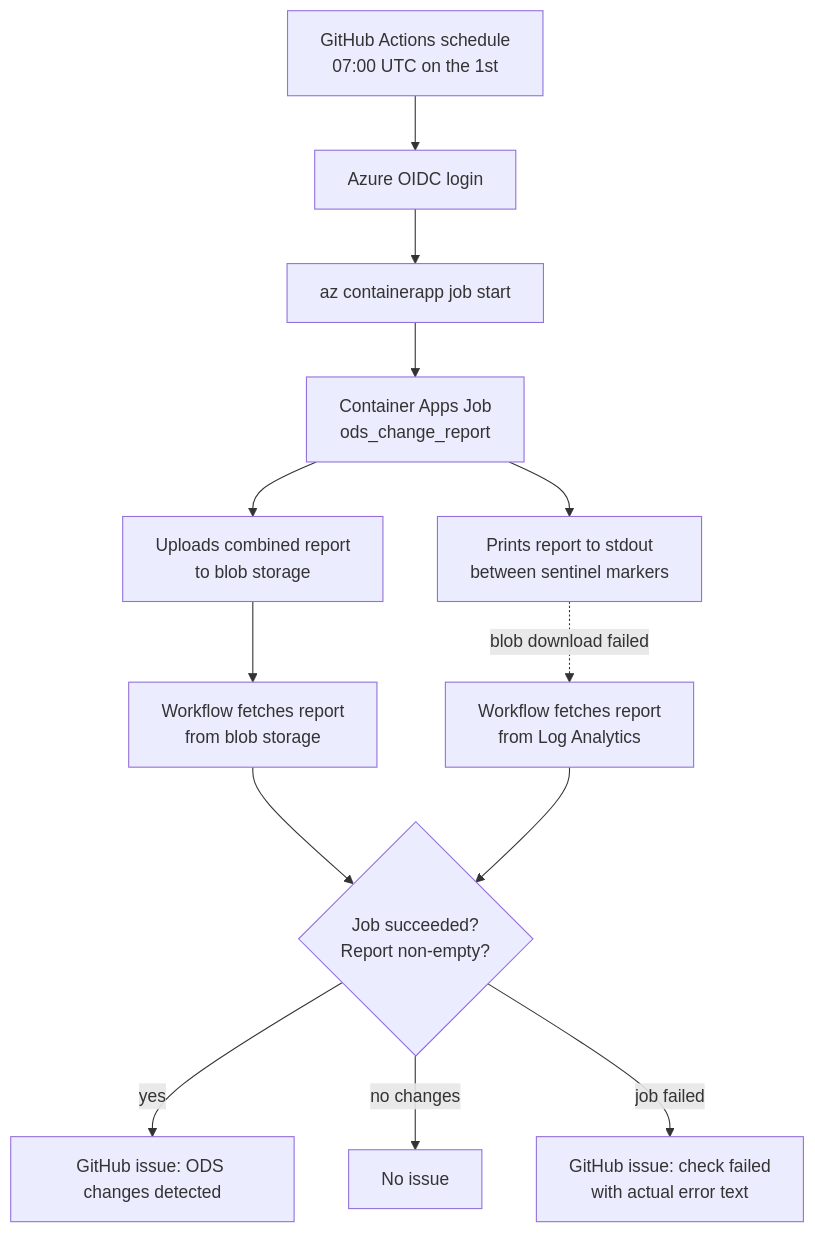
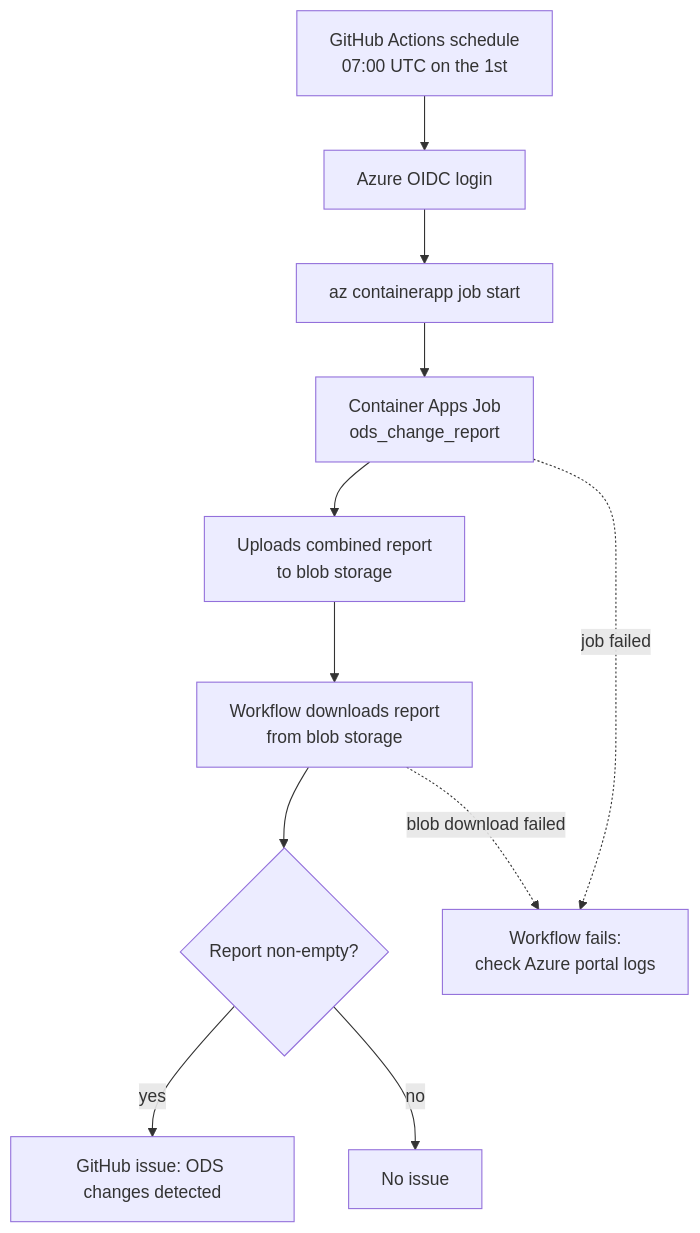
Before and after one commit to rcpch/rcpch-nhs-organisations: the diagram in documentation/docs/developer/ods-change-detection.md, drawn with Mermaid. The commit also changed other lines of this file and 1 other file, not shown here.

First line of the commit message:
fix(ods-detection): simplify workflow and fix status parsing bug

````diff
--- a/documentation/docs/developer/ods-change-detection.md
+++ b/documentation/docs/developer/ods-change-detection.md
@@ -19,15 +19,13 @@
 ```mermaid
 graph TD
     A[GitHub Actions schedule<br/>07:00 UTC on the 1st] --> B[Azure OIDC login]
     B --> C[az containerapp job start]
     C --> D[Container Apps Job<br/>ods_change_report]
     D --> E[Uploads combined report<br/>to blob storage]
-    D --> F[Prints report to stdout<br/>between sentinel markers]
-    E --> G[Workflow fetches report<br/>from blob storage]
-    F -. blob download failed .-> H[Workflow fetches report<br/>from Log Analytics]
-    G --> I{Job succeeded?<br/>Report non-empty?}
-    H --> I
-    I -- yes --> J[GitHub issue: ODS changes detected]
-    I -- no changes --> K[No issue]
-    I -- job failed --> L[GitHub issue: check failed<br/>with actual error text]
+    E --> F[Workflow downloads report<br/>from blob storage]
+    F --> G{Report non-empty?}
+    G -- yes --> H[GitHub issue: ODS changes detected]
+    G -- no --> I[No issue]
+    D -. job failed .-> J[Workflow fails:<br/>check Azure portal logs]
+    F -. blob download failed .-> J
 ```
````
